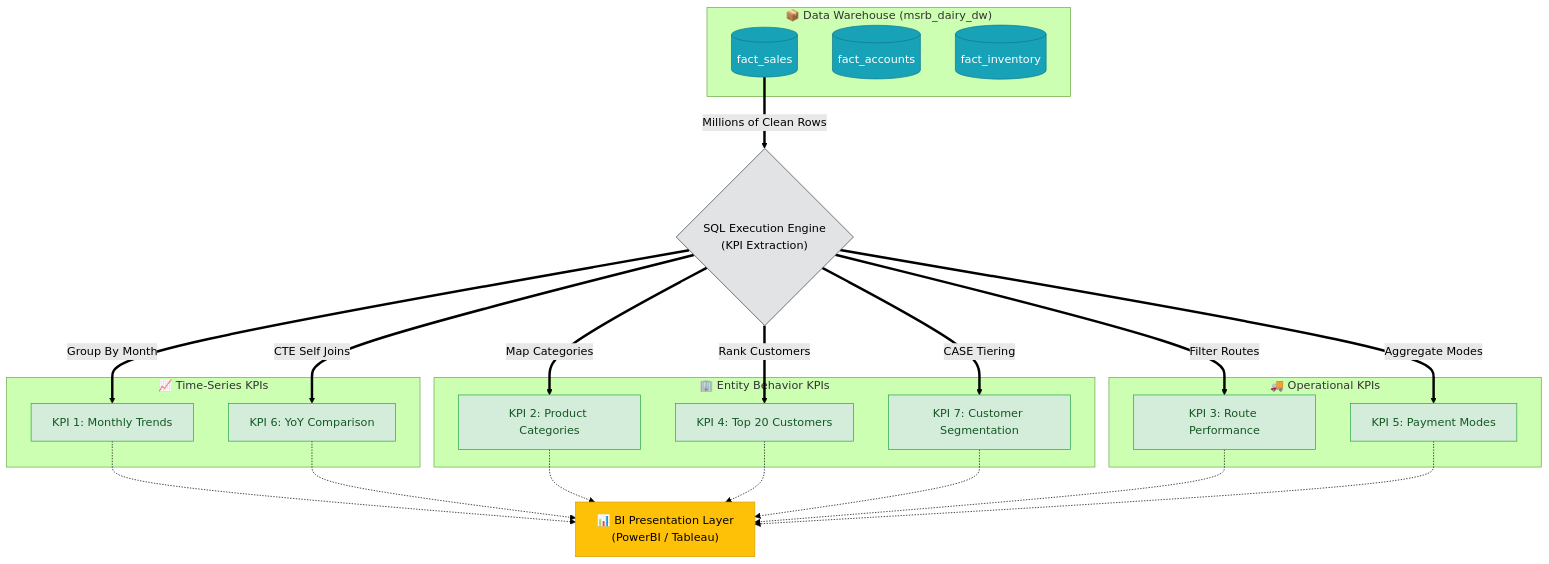
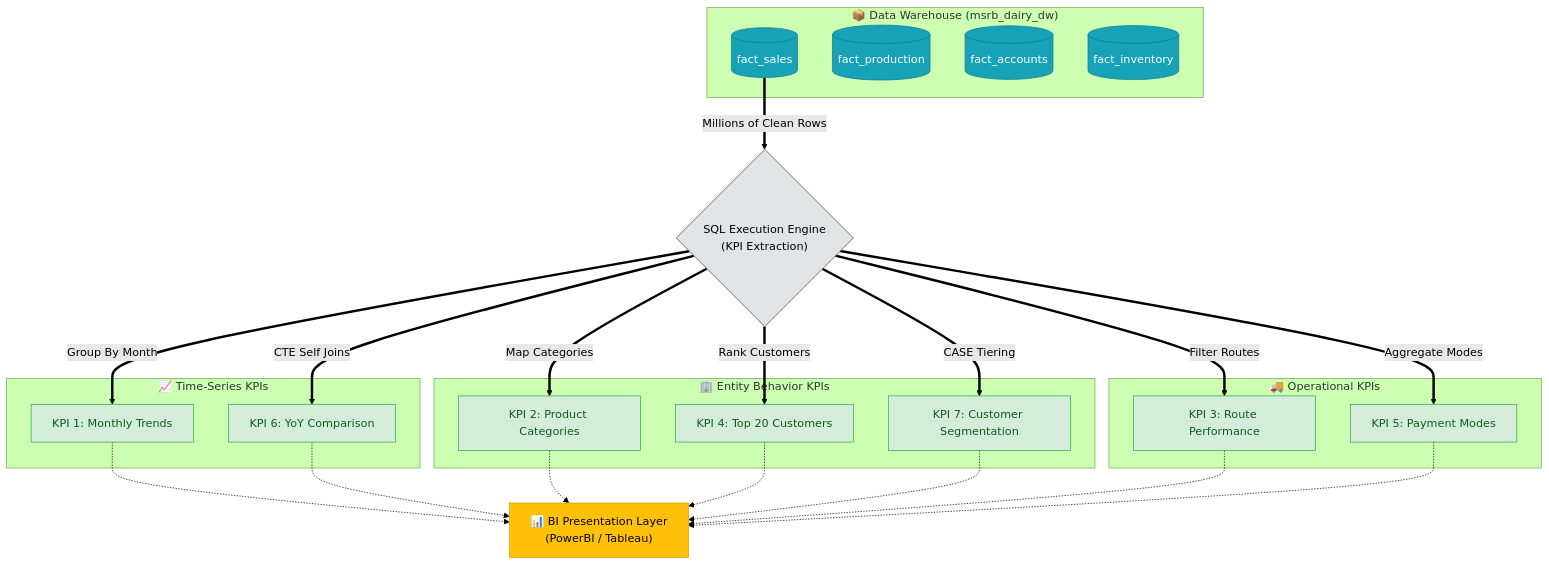
Before and after one commit to P568848382/msrb_dairy_analytics: the diagram in docs/kpi_sales.md, drawn with Mermaid (forest theme). The commit also changed 6 other files, not shown here.

````diff
--- a/docs/kpi_sales.md
+++ b/docs/kpi_sales.md
@@ -57,61 +57,62 @@
 ```mermaid
 flowchart TD
     %% Base Source
     subgraph DWH ["📦 Data Warehouse (msrb_dairy_dw)"]
         F1[(fact_sales)]
-        F2[(fact_accounts)]
-        F3[(fact_inventory)]
+        F2[(fact_production)]
+        F3[(fact_accounts)]
+        F4[(fact_inventory)]
     end
 
     %% Execution Engine
     E{"SQL Execution Engine<br/>(KPI Extraction)"}
 
     %% Categorized KPIs
     subgraph TimeSeries ["📈 Time-Series KPIs"]
         K1[KPI 1: Monthly Trends]
         K6[KPI 6: YoY Comparison]
     end
 
     subgraph EntityAnalysis ["🏢 Entity Behavior KPIs"]
         K2[KPI 2: Product Categories]
         K4[KPI 4: Top 20 Customers]
         K7[KPI 7: Customer Segmentation]
     end
 
     subgraph Operational ["🚚 Operational KPIs"]
         K3[KPI 3: Route Performance]
         K5[KPI 5: Payment Modes]
     end
 
     %% Final Target
     Dash["📊 BI Presentation Layer<br/>(PowerBI / Tableau)"]
 
     %% Flow logic
     F1 ==>|Millions of Clean Rows| E
     
     E == Group By Month ==> K1
     E == Map Categories ==> K2
     E == Filter Routes ==> K3
     E == Rank Customers ==> K4
     E == Aggregate Modes ==> K5
     E == CTE Self Joins ==> K6
     E == CASE Tiering ==> K7
 
     K1 -.-> Dash
     K6 -.-> Dash
     K2 -.-> Dash
     K4 -.-> Dash
     K7 -.-> Dash
     K3 -.-> Dash
     K5 -.-> Dash
 
     classDef database fill:#17a2b8,stroke:#117a8b,color:#fff;
     classDef engine fill:#e2e3e5,stroke:#383d41;
     classDef kpi fill:#d4edda,stroke:#28a745,color:#155724;
     classDef target fill:#ffc107,stroke:#d39e00,color:#000;
 
-    class F1,F2,F3 database;
+    class F1,F2,F3,F4 database;
     class E engine;
     class K1,K2,K3,K4,K5,K6,K7 kpi;
     class Dash target;
 ```
````
